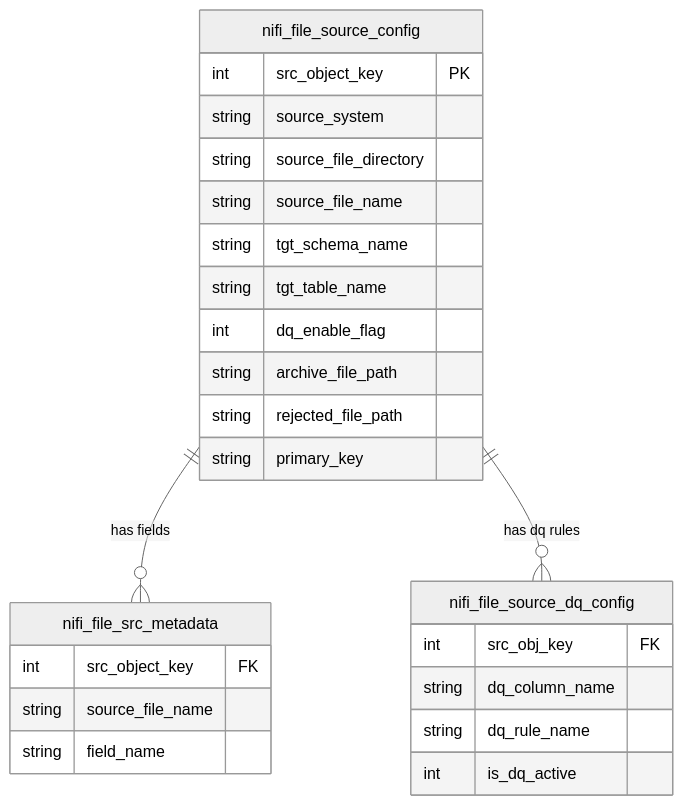
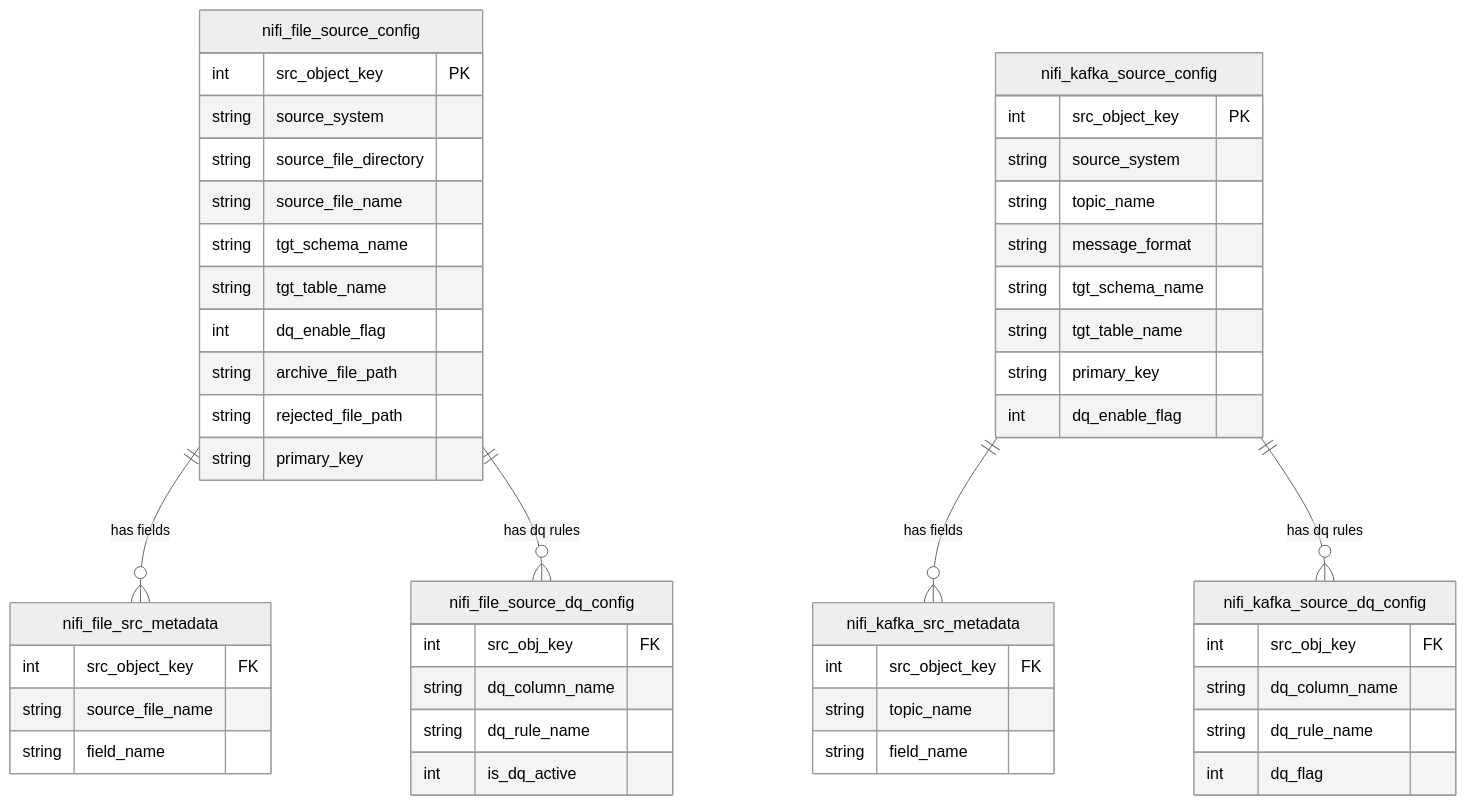
The second of 4 diagrams in README.md (RawatShreyansh/onboarding_form), drawn with Mermaid (neutral theme) before and after one commit. The commit also changed other lines of this file, not shown here.

Commit message:
Modifying ReadMe file with kafka details

````diff
--- a/README.md
+++ b/README.md
@@ -55,31 +63,58 @@
 ```mermaid
 erDiagram
     nifi_file_source_config ||--o{ nifi_file_src_metadata : "has fields"
     nifi_file_source_config ||--o{ nifi_file_source_dq_config : "has dq rules"
+
+    nifi_kafka_source_config ||--o{ nifi_kafka_src_metadata : "has fields"
+    nifi_kafka_source_config ||--o{ nifi_kafka_source_dq_config : "has dq rules"
 
     nifi_file_source_config {
         int src_object_key PK
         string source_system
         string source_file_directory
         string source_file_name
         string tgt_schema_name
         string tgt_table_name
         int dq_enable_flag
         string archive_file_path
         string rejected_file_path
         string primary_key
     }
 
+    nifi_kafka_source_config {
+        int src_object_key PK
+        string source_system
+        string topic_name
+        string message_format
+        string tgt_schema_name
+        string tgt_table_name
+        string primary_key
+        int dq_enable_flag
+    }
+
     nifi_file_src_metadata {
         int src_object_key FK
         string source_file_name
+        string field_name
+    }
+
+    nifi_kafka_src_metadata {
+        int src_object_key FK
+        string topic_name
         string field_name
     }
 
     nifi_file_source_dq_config {
         int src_obj_key FK
         string dq_column_name
         string dq_rule_name
         int is_dq_active
     }
+
+    nifi_kafka_source_dq_config {
+        int src_obj_key FK
+        string dq_column_name
+        string dq_rule_name
+        int dq_flag
+    }
 ```
````
